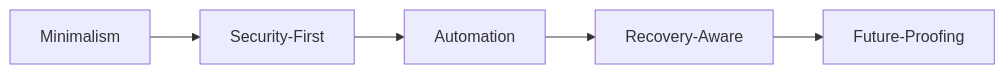
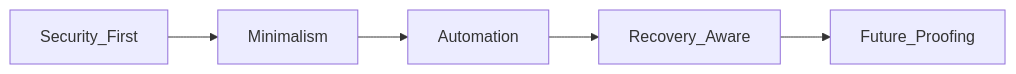
The first of 6 diagrams in README.md (arirab/arch-linux), drawn with Mermaid before and after one commit.

````diff
--- a/README.md
+++ b/README.md
@@ -32,7 +32,7 @@
 ```mermaid
 graph LR
-  A[Minimalism] --> B[Security-First]
+  A[Security_First] --> B[Minimalism]
   B --> C[Automation]
-  C --> D[Recovery-Aware]
-  D --> E[Future-Proofing]
+  C --> D[Recovery_Aware]
+  D --> E[Future_Proofing]
 ```
````
